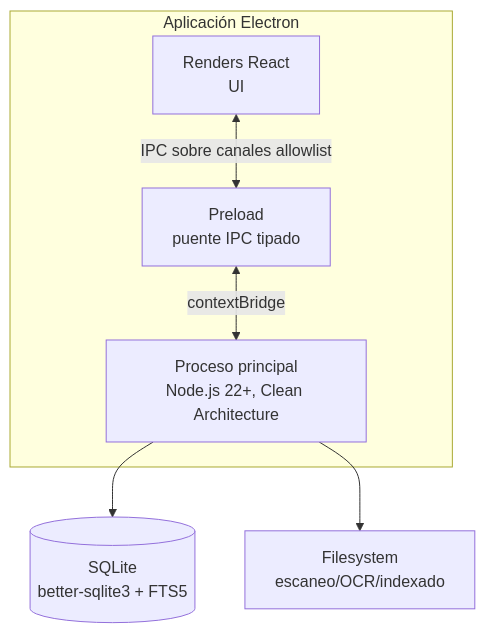
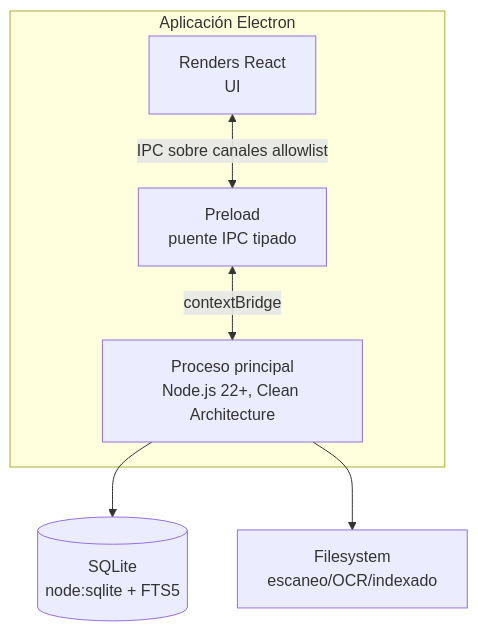
The second of 5 diagrams in docs/architecture/overview.md (RafitaUTN/Nexora), drawn with Mermaid before and after one commit. The commit also changed other lines of this file and 68 other files, not shown here.

````diff
--- a/docs/architecture/overview.md
+++ b/docs/architecture/overview.md
@@ -21,11 +21,11 @@
 ```mermaid
 graph TB
     subgraph Aplicación Electron
         MAIN[Proceso principal<br/>Node.js 22+, Clean Architecture]
         PRE[Preload<br/>puente IPC tipado]
         RND[Renders React<br/>UI]
     end
-    MAIN --> DB[(SQLite<br/>better-sqlite3 + FTS5)]
+    MAIN --> DB[(SQLite<br/>node:sqlite + FTS5)]
     MAIN --> FS2[Filesystem<br/>escaneo/OCR/indexado]
     RND <-->|IPC sobre canales allowlist| PRE <-->|contextBridge| MAIN
 ```
````
